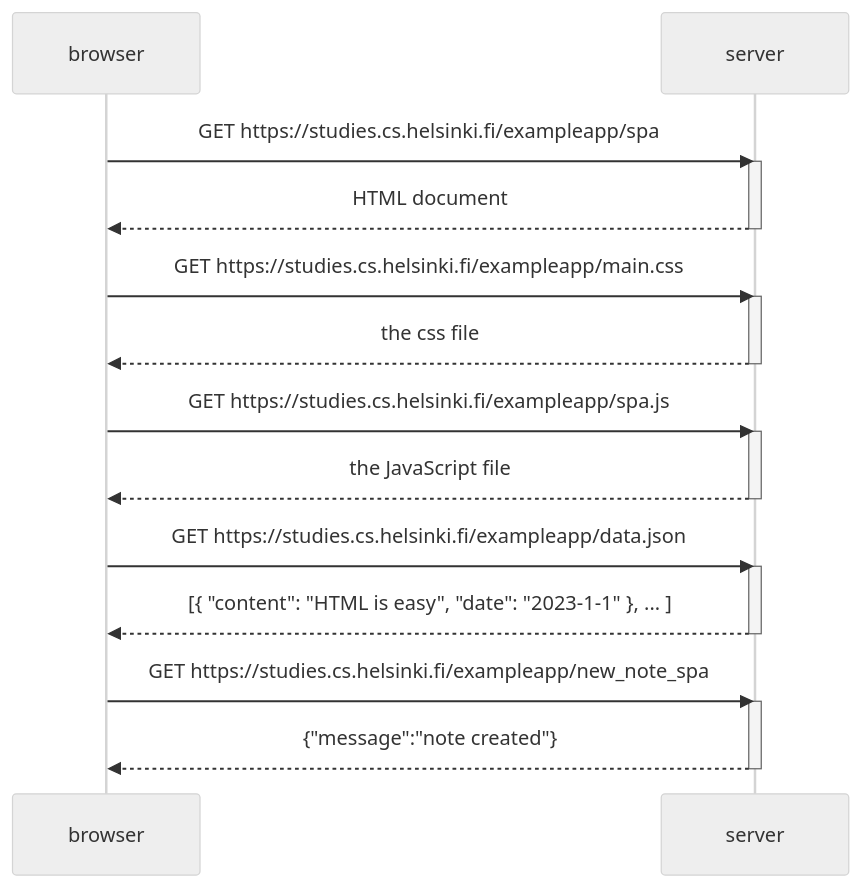
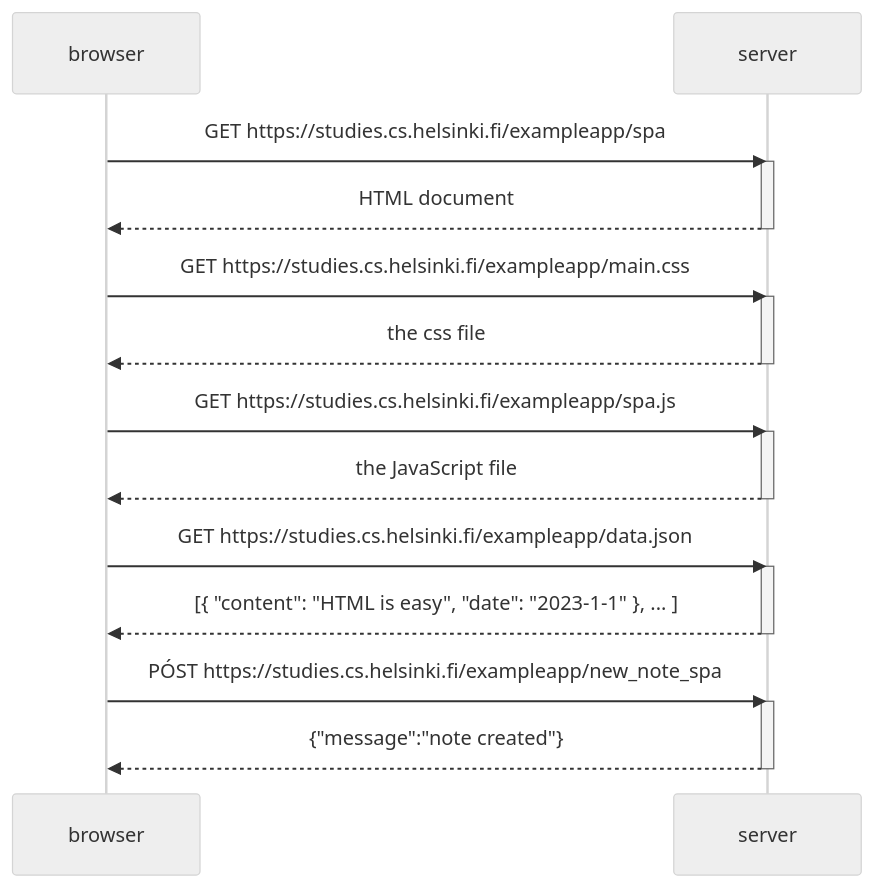
One commit to 3dnan97/full_stack_open changed the diagram in part0/exercise06.md. Above: the diagram before and after it, drawn with Mermaid (neutral theme).

````diff
--- a/part0/exercise06.md
+++ b/part0/exercise06.md
@@ -1,30 +1,30 @@
 ```mermaid
 sequenceDiagram
     participant browser
     participant server
 
     browser->>server: GET https://studies.cs.helsinki.fi/exampleapp/spa
     activate server
     server-->>browser: HTML document
     deactivate server
 
     browser->>server: GET https://studies.cs.helsinki.fi/exampleapp/main.css
     activate server
     server-->>browser: the css file
     deactivate server
 
     browser->>server: GET https://studies.cs.helsinki.fi/exampleapp/spa.js
     activate server
     server-->>browser: the JavaScript file
     deactivate server
 
     browser->>server: GET https://studies.cs.helsinki.fi/exampleapp/data.json
     activate server
     server-->>browser: [{ "content": "HTML is easy", "date": "2023-1-1" }, ... ]
     deactivate server
 
-    browser->>server: GET https://studies.cs.helsinki.fi/exampleapp/new_note_spa
+    browser->>server: PÓST https://studies.cs.helsinki.fi/exampleapp/new_note_spa
     activate server
     server-->>browser: {"message":"note created"}
     deactivate server
 ```
````
